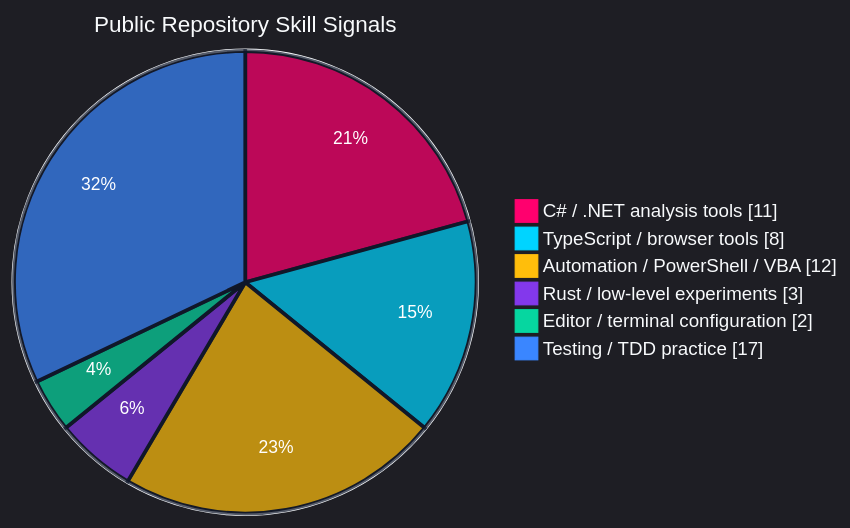
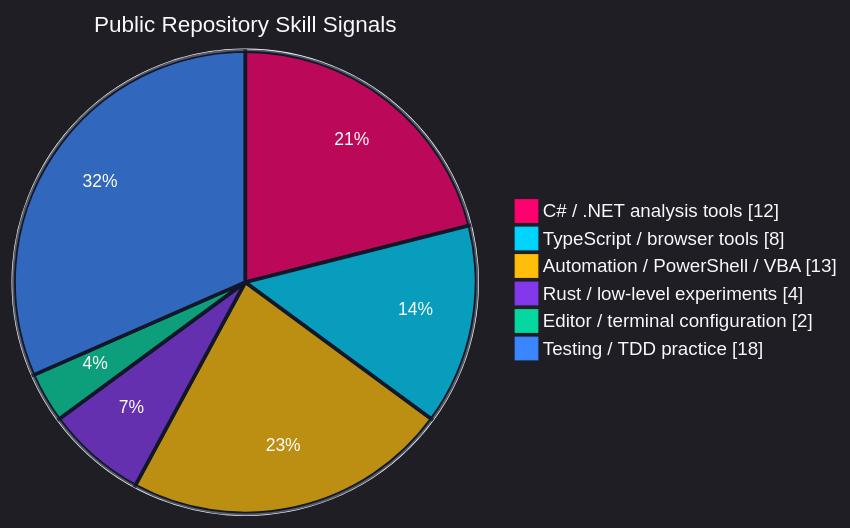
Before and after one commit to SSsan-00/SSsan-00: the first of 4 diagrams in README.md, drawn with Mermaid. The commit also changed other lines of this file and 2 other files, not shown here.

````diff
--- a/README.md
+++ b/README.md
@@ -44,11 +44,11 @@
 ```mermaid
 %%{init: {"theme":"dark","themeVariables":{"background":"#0f172a","mainBkg":"#0f172a","textColor":"#f8fafc","primaryTextColor":"#f8fafc","pieStrokeColor":"#0f172a","pieStrokeWidth":"3px","pieOuterStrokeColor":"#f8fafc","pieOuterStrokeWidth":"2px","pieTitleTextColor":"#f8fafc","pieTitleTextSize":"18px","pieLegendTextColor":"#f8fafc","pieLegendTextSize":"15px","pieSectionTextColor":"#ffffff","pieSectionTextSize":"14px","pie1":"#ff006e","pie2":"#00d4ff","pie3":"#ffbe0b","pie4":"#8338ec","pie5":"#06d6a0","pie6":"#3a86ff"}}}%%
 pie showData
   title Public Repository Skill Signals
-  "C# / .NET analysis tools" : 11
+  "C# / .NET analysis tools" : 12
   "TypeScript / browser tools" : 8
-  "Automation / PowerShell / VBA" : 12
-  "Rust / low-level experiments" : 3
+  "Automation / PowerShell / VBA" : 13
+  "Rust / low-level experiments" : 4
   "Editor / terminal configuration" : 2
-  "Testing / TDD practice" : 17
+  "Testing / TDD practice" : 18
 ```
````
